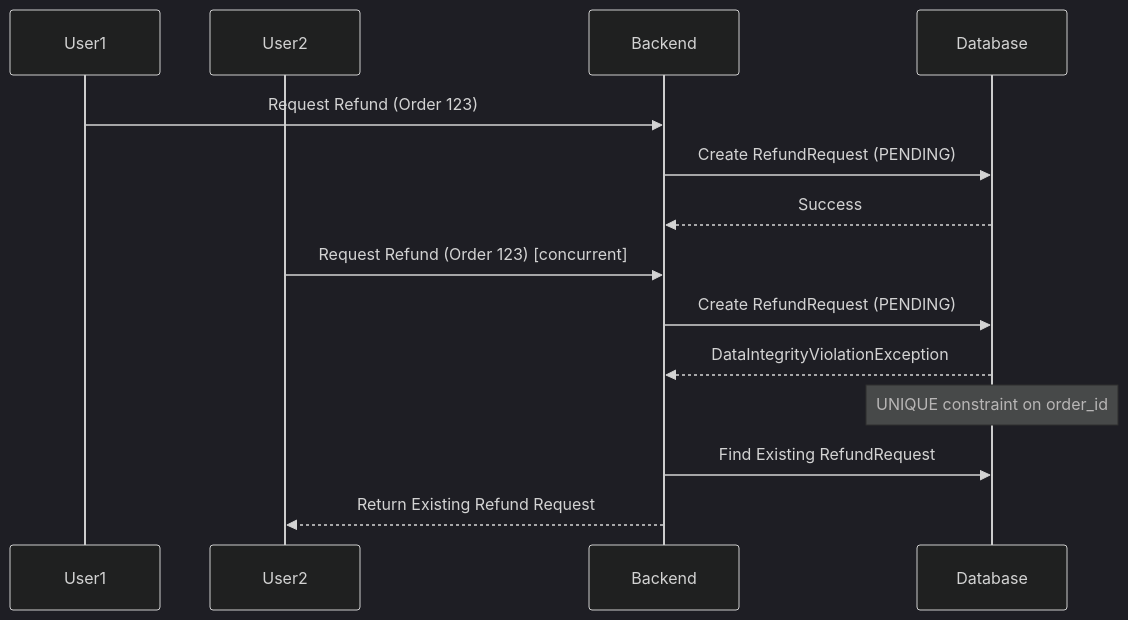
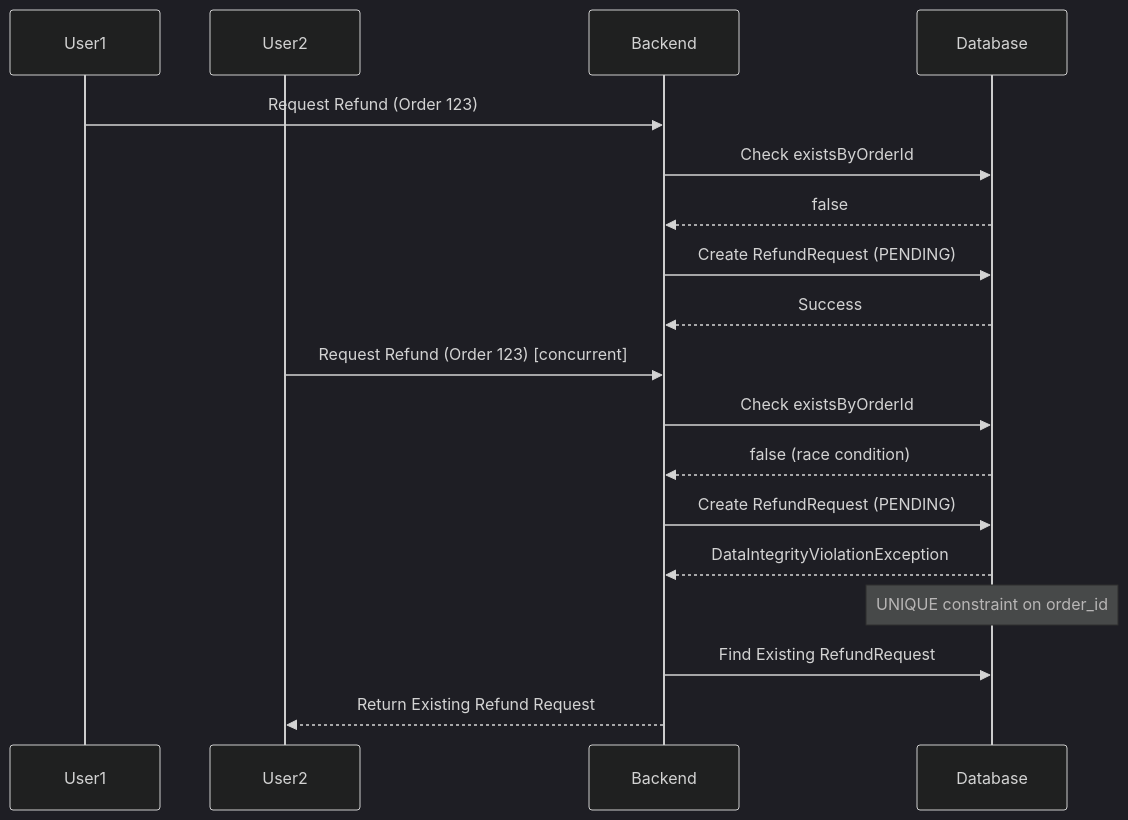
One commit to HuuLocFIT/EduMind changed the tenth of 11 diagrams in docs/workflows/refund_workflows.md. Above: the diagram before and after it, drawn with Mermaid (dark theme). The commit also changed other lines of this file and 1 other file, not shown here.

````diff
--- a/docs/workflows/refund_workflows.md
+++ b/docs/workflows/refund_workflows.md
@@ -313,18 +376,22 @@
 ```mermaid
 sequenceDiagram
     participant User1
     participant User2
     participant Backend
     participant Database
 
     User1->>Backend: Request Refund (Order 123)
+    Backend->>Database: Check existsByOrderId
+    Database-->>Backend: false
     Backend->>Database: Create RefundRequest (PENDING)
     Database-->>Backend: Success
 
     User2->>Backend: Request Refund (Order 123) [concurrent]
+    Backend->>Database: Check existsByOrderId
+    Database-->>Backend: false (race condition)
     Backend->>Database: Create RefundRequest (PENDING)
     Database-->>Backend: DataIntegrityViolationException
     Note over Database: UNIQUE constraint on order_id
     Backend->>Database: Find Existing RefundRequest
     Backend-->>User2: Return Existing Refund Request
 ```
````
